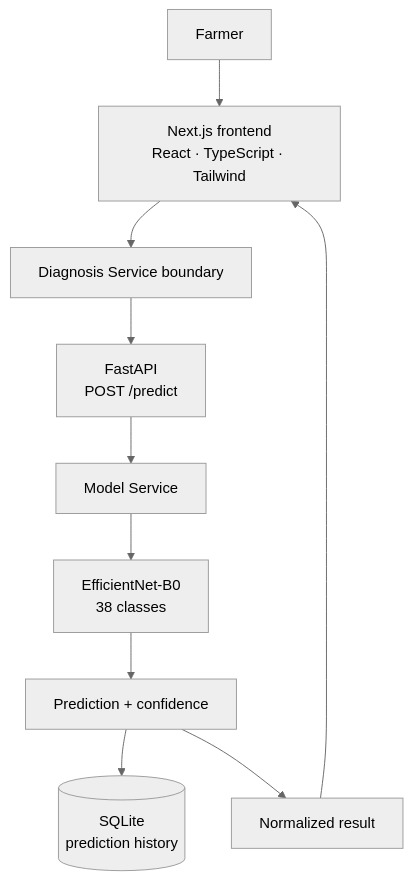
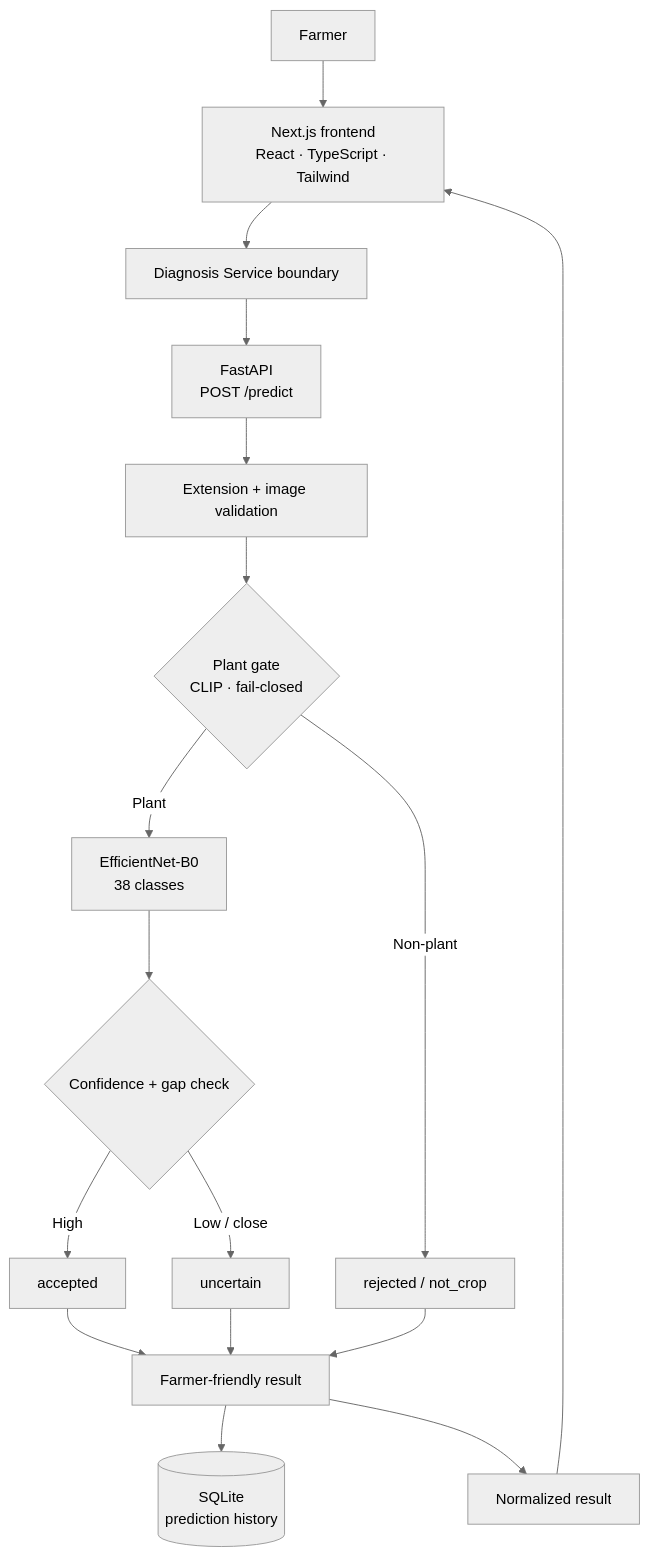
Before and after one commit to DhairyaChangela/AgriSmart-AI: the fourth of 4 diagrams in README.md, drawn with Mermaid (neutral theme). The commit also changed other lines of this file, not shown here.

````diff
--- a/README.md
+++ b/README.md
@@ -195,12 +229,19 @@
 ```mermaid
 flowchart TD
     Farmer[Farmer] --> FE[Next.js frontend<br/>React · TypeScript · Tailwind]
     FE --> DS[Diagnosis Service boundary]
     DS --> API[FastAPI<br/>POST /predict]
-    API --> MS[Model Service]
-    MS --> Model[EfficientNet-B0<br/>38 classes]
-    Model --> Out[Prediction + confidence]
+    API --> ExtCheck[Extension + image validation]
+    ExtCheck --> Gate{Plant gate<br/>CLIP · fail-closed}
+    Gate -->|Non-plant| Rejected[rejected / not_crop]
+    Gate -->|Plant| Model[EfficientNet-B0<br/>38 classes]
+    Model --> Accept{Confidence + gap check}
+    Accept -->|High| Accepted[accepted]
+    Accept -->|Low / close| Uncertain[uncertain]
+    Accepted --> Out[Farmer-friendly result]
+    Uncertain --> Out
+    Rejected --> Out
     Out --> DB[(SQLite<br/>prediction history)]
     Out --> DS2[Normalized result]
     DS2 --> FE
 ```
````
